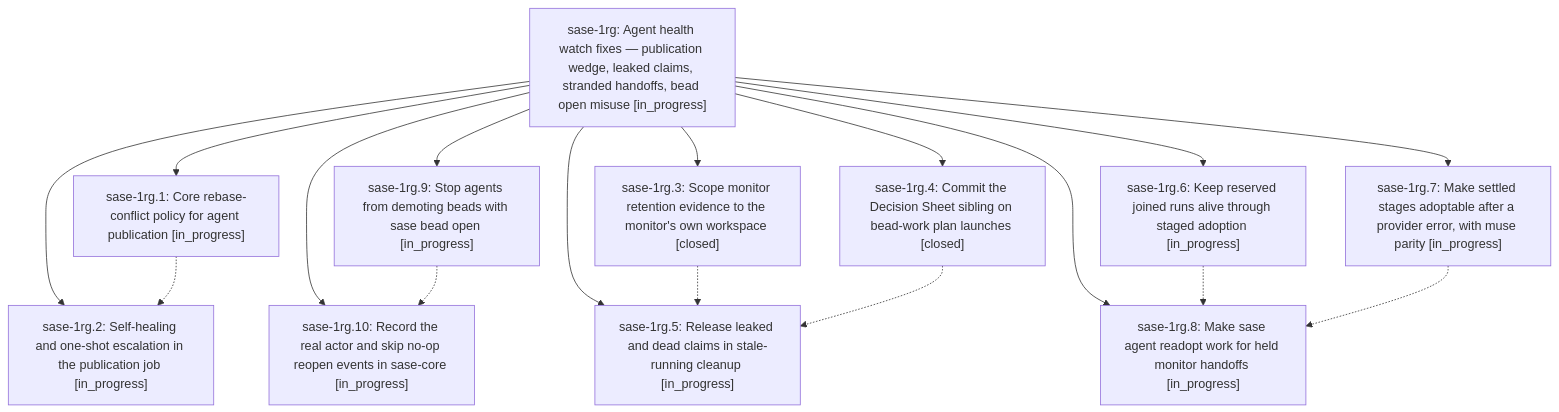
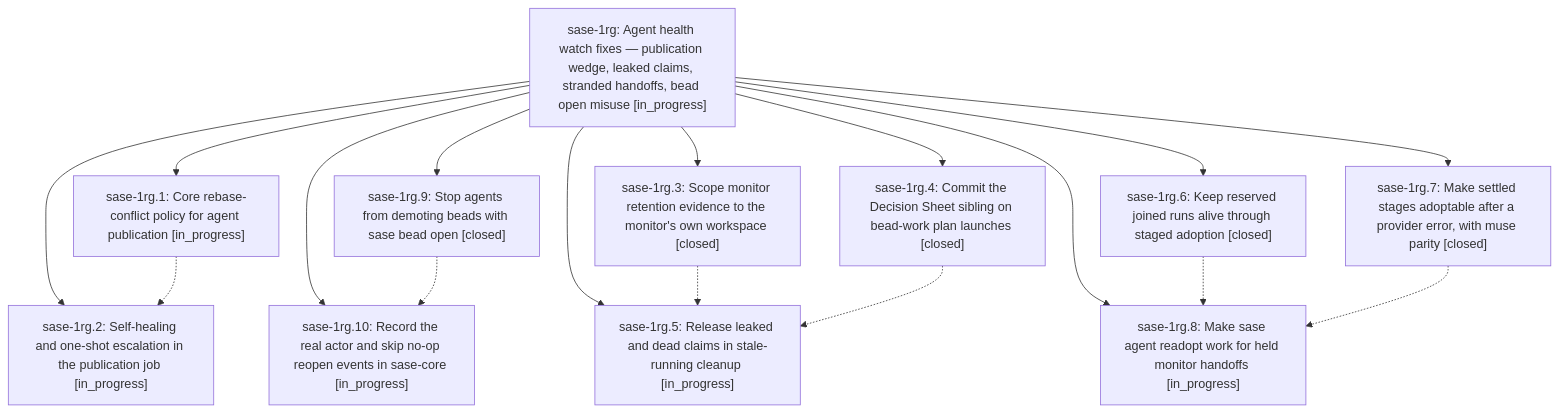
The diagram in pages/sase-1rg/README.md (sase-org/sase--beads), drawn with Mermaid before and after one commit. The commit also changed other lines of this file and 6 other files, not shown here.

First line of the commit message:
chore(beads): sync bead state and pages for sase-1rg

````diff
--- a/pages/sase-1rg/README.md
+++ b/pages/sase-1rg/README.md
@@ -31,30 +31,30 @@
 ```mermaid
 flowchart TD
     n0["sase-1rg: Agent health watch fixes — publication wedge, leaked claims, stranded handoffs, bead open misuse [in_progress]"]
     n1["sase-1rg.1: Core rebase-conflict policy for agent publication [in_progress]"]
     n2["sase-1rg.10: Record the real actor and skip no-op reopen events in sase-core [in_progress]"]
     n3["sase-1rg.2: Self-healing and one-shot escalation in the publication job [in_progress]"]
     n4["sase-1rg.3: Scope monitor retention evidence to the monitor's own workspace [closed]"]
     n5["sase-1rg.4: Commit the Decision Sheet sibling on bead-work plan launches [closed]"]
     n6["sase-1rg.5: Release leaked and dead claims in stale-running cleanup [in_progress]"]
-    n7["sase-1rg.6: Keep reserved joined runs alive through staged adoption [in_progress]"]
-    n8["sase-1rg.7: Make settled stages adoptable after a provider error, with muse parity [in_progress]"]
+    n7["sase-1rg.6: Keep reserved joined runs alive through staged adoption [closed]"]
+    n8["sase-1rg.7: Make settled stages adoptable after a provider error, with muse parity [closed]"]
     n9["sase-1rg.8: Make sase agent readopt work for held monitor handoffs [in_progress]"]
-    n10["sase-1rg.9: Stop agents from demoting beads with sase bead open [in_progress]"]
+    n10["sase-1rg.9: Stop agents from demoting beads with sase bead open [closed]"]
     n0 --> n1
     n0 --> n2
     n0 --> n3
     n0 --> n4
     n0 --> n5
     n0 --> n6
     n0 --> n7
     n0 --> n8
     n0 --> n9
     n0 --> n10
     n1 -.-> n3
     n4 -.-> n6
     n5 -.-> n6
     n7 -.-> n9
     n8 -.-> n9
     n10 -.-> n2
 ```
````
